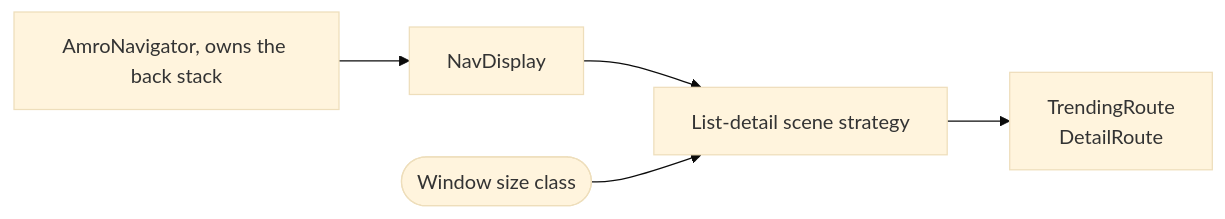
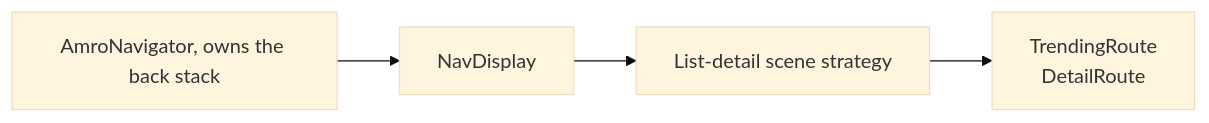
The third of 3 diagrams in docs/architecture.md (shayanhimself/AMRO), drawn with Mermaid (base theme) before and after one commit. The commit also changed other lines of this file and 9 other files, not shown here.

````diff
--- a/docs/architecture.md
+++ b/docs/architecture.md
@@ -246,7 +141,6 @@
 ```mermaid
 graph LR
     Nav["AmroNavigator, owns the back stack"] --> Display["NavDisplay"]
     Display --> Scene["List-detail scene strategy"]
     Scene --> Routes["TrendingRoute<br/>DetailRoute"]
-    Window(["Window size class"]) --> Scene
 ```
````
